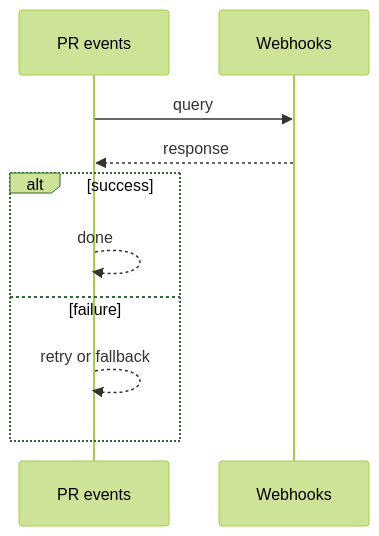
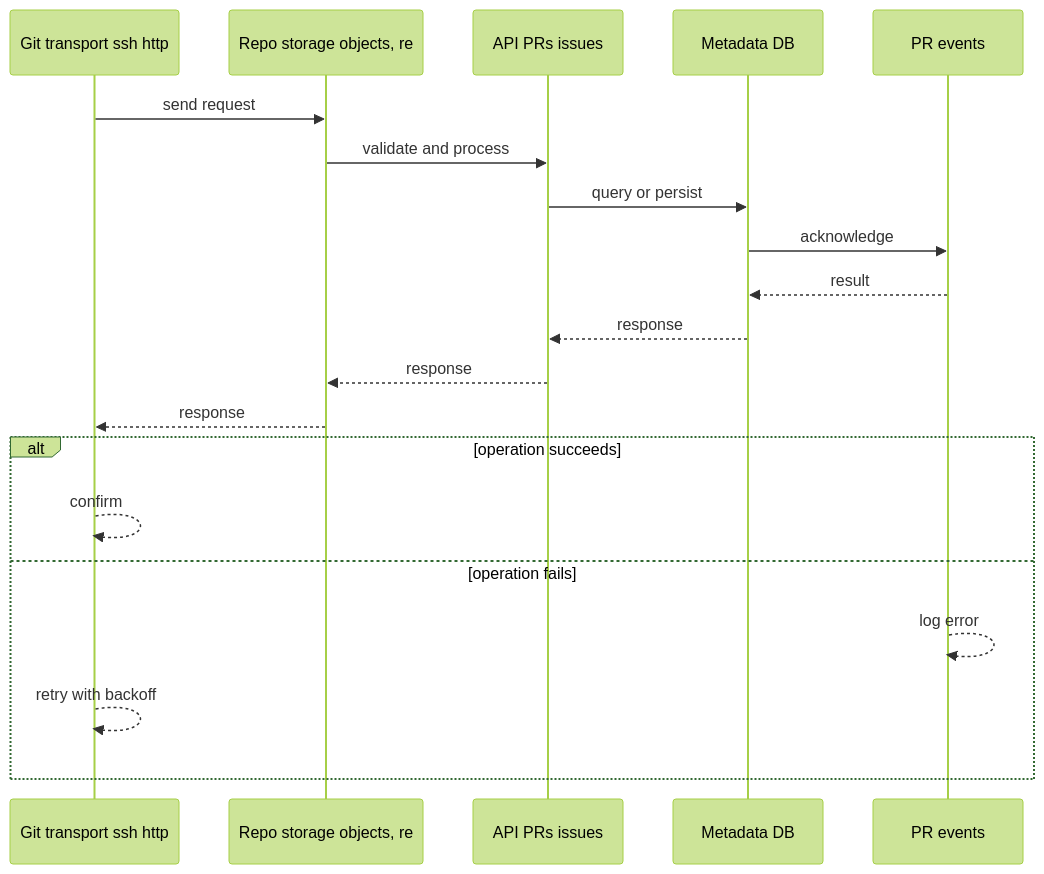
The second of 4 diagrams in case-studies/advanced/code-hosting.md (RIT-MESH/system-design-mastery), drawn with Mermaid (forest theme) before and after one commit. The commit also changed other lines of this file and 64 other files, not shown here.

````diff
--- a/case-studies/advanced/code-hosting.md
+++ b/case-studies/advanced/code-hosting.md
@@ -77,13 +65,23 @@
 ```mermaid
 %% created-for: system-design-mastery
 sequenceDiagram
-  participant P0 as PR events
-  participant P1 as Webhooks
-  P0 ->> P1: query
-  P1 -->> P0: response
-  alt success
-    P0 -->> P0: done
-  else failure
-    P0 -->> P0: retry or fallback
+  participant C0 as Git transport ssh http
+  participant C1 as Repo storage objects, re
+  participant C2 as API PRs issues
+  participant C3 as Metadata DB
+  participant C4 as PR events
+  C0 ->> C1: send request
+  C1 ->> C2: validate and process
+  C2 ->> C3: query or persist
+  C3 ->> C4: acknowledge
+  C4 -->> C3: result
+  C3 -->> C2: response
+  C2 -->> C1: response
+  C1 -->> C0: response
+  alt operation succeeds
+    C0 -->> C0: confirm
+  else operation fails
+    C4 -->> C4: log error
+    C0 -->> C0: retry with backoff
   end
 ```
````
